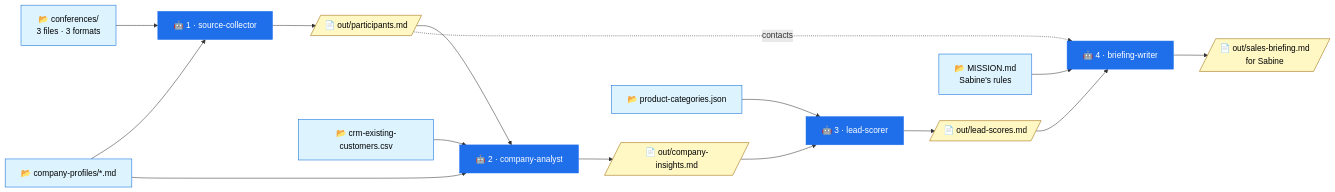
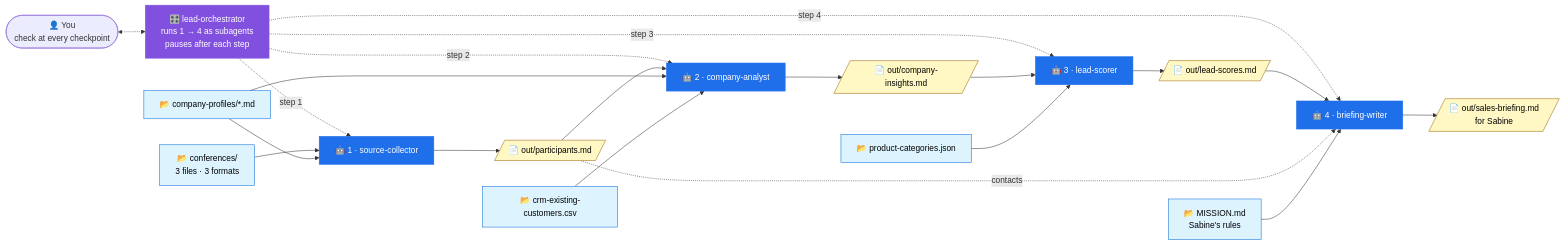
Before and after one commit to LaetitiaMa1410/ghcp-agent-team-lab: the diagram in lead-generation/solutions/architecture.md, drawn with Mermaid. The commit also changed other lines of this file and 22 other files, not shown here.

Commit message:
Extend lab to 3h: detailed use-case briefs, stakeholder interview agents, full architecture session, orchestrator checkpoints

````diff
--- a/lead-generation/solutions/architecture.md
+++ b/lead-generation/solutions/architecture.md
@@ -12,24 +12,31 @@
 ```mermaid
 flowchart LR
+  U(["👤 You<br/>check at every checkpoint"]) <-.-> ORC["🎛️ lead-orchestrator<br/>runs 1 → 4 as subagents<br/>pauses after each step"]
+  ORC -.->|step 1| A1
+  ORC -.->|step 2| A2
+  ORC -.->|step 3| A3
+  ORC -.->|step 4| A4
   conf["📂 conferences/<br/>3 files · 3 formats"] --> A1
   prof["📂 company-profiles/*.md"] --> A1
   A1["🤖 1 · source-collector"] --> O1[/"📄 out/participants.md"/]
   O1 --> A2["🤖 2 · company-analyst"]
   prof --> A2
   crm["📂 crm-existing-customers.csv"] --> A2
   A2 --> O2[/"📄 out/company-insights.md"/]
   O2 --> A3["🤖 3 · lead-scorer"]
   cat["📂 product-categories.json"] --> A3
   A3 --> O3[/"📄 out/lead-scores.md"/]
   O3 --> A4["🤖 4 · briefing-writer"]
   O1 -. contacts .-> A4
   M["📂 MISSION.md<br/>Sabine's rules"] --> A4
   A4 --> O4[/"📄 out/sales-briefing.md<br/>for Sabine"/]
 
   classDef agent fill:#1f6feb,color:#fff,stroke:#1f6feb
   classDef file fill:#fff8c5,stroke:#9a6700,color:#000
   classDef src fill:#ddf4ff,stroke:#0969da,color:#000
+  classDef orch fill:#8250df,color:#fff,stroke:#8250df
   class A1,A2,A3,A4 agent
+  class ORC orch
   class O1,O2,O3,O4 file
   class conf,prof,crm,cat,M src
 ```
````
